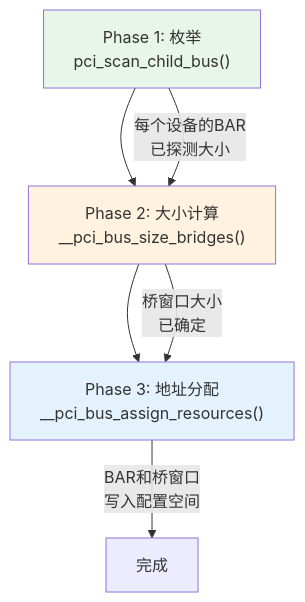
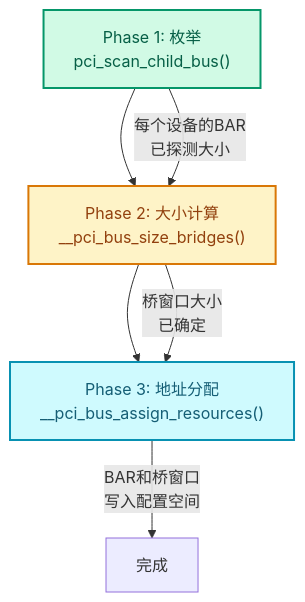
Before and after one commit to swjtuer326/cs-learning-notes: the fourth of 5 diagrams in pcie/bar-resource-allocation.md, drawn with Mermaid. The commit also changed other lines of this file and 1 other file, not shown here.

First line of the commit message:
docs(pcie): 重构BAR资源分配文档，修复ECAM图表格式

````diff
--- a/pcie/bar-resource-allocation.md
+++ b/pcie/bar-resource-allocation.md
@@ -334,14 +569,18 @@
 ```mermaid
 %%{init: {"theme": "base", "themeVariables": {"primaryColor": "#f8fafc", "primaryTextColor": "#1e293b", "primaryBorderColor": "#475569", "lineColor": "#64748b", "secondaryColor": "#f1f5f9", "secondaryBorderColor": "#94a3b8", "tertiaryColor": "#f8fafc", "fontFamily": ""trebuchet ms", verdana, arial, sans-serif"}}}%%
 graph TD
     PHASE1["Phase 1: 枚举<br/>pci_scan_child_bus()"] --> PHASE2["Phase 2: 大小计算<br/>__pci_bus_size_bridges()"]
     PHASE2 --> PHASE3["Phase 3: 地址分配<br/>__pci_bus_assign_resources()"]
 
     PHASE1 -->|"每个设备的BAR<br/>已探测大小"| PHASE2
     PHASE2 -->|"桥窗口大小<br/>已确定"| PHASE3
     PHASE3 -->|"BAR和桥窗口<br/>写入配置空间"| DONE["完成"]
 
-    style PHASE1 fill:#e8f5e9
-    style PHASE2 fill:#fff3e0
-    style PHASE3 fill:#e3f2fd
+    classDef enum fill:#d1fae5, stroke:#059669, color:#065f46, stroke-width:2px
+    classDef size fill:#fef3c7, stroke:#d97706, color:#92400e, stroke-width:2px
+    classDef assign fill:#cffafe, stroke:#0891b2, color:#155e75, stroke-width:2px
+
+    class PHASE1 enum
+    class PHASE2 size
+    class PHASE3 assign
 ```
````
